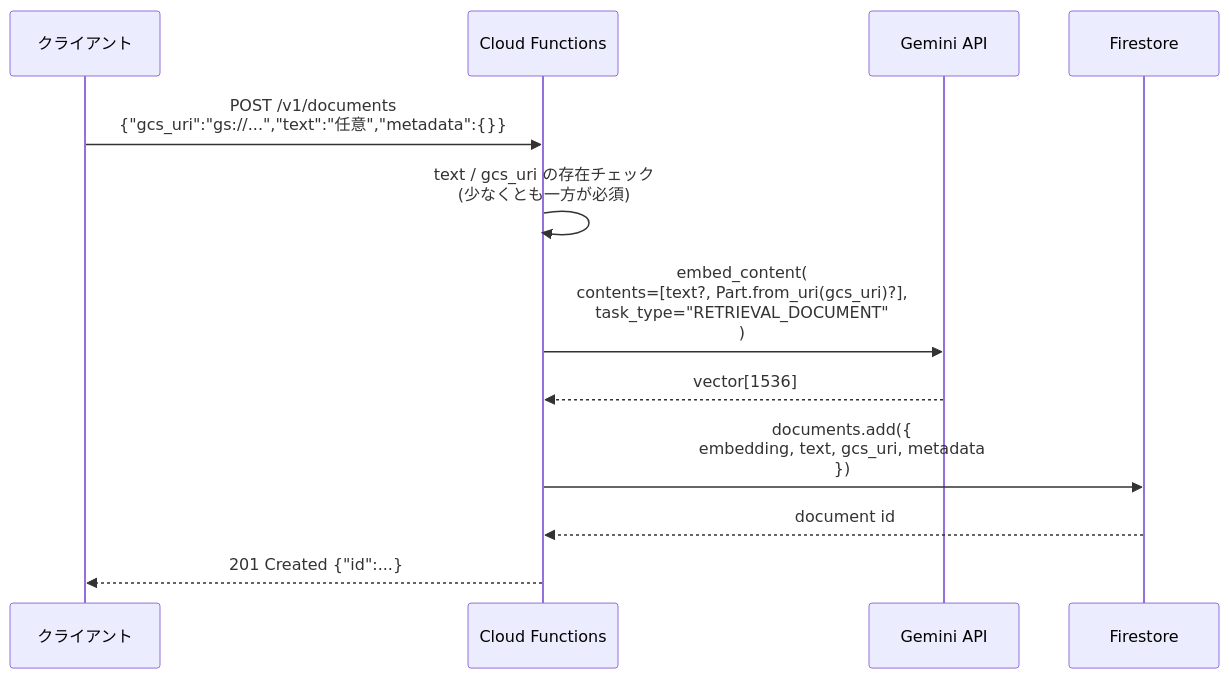
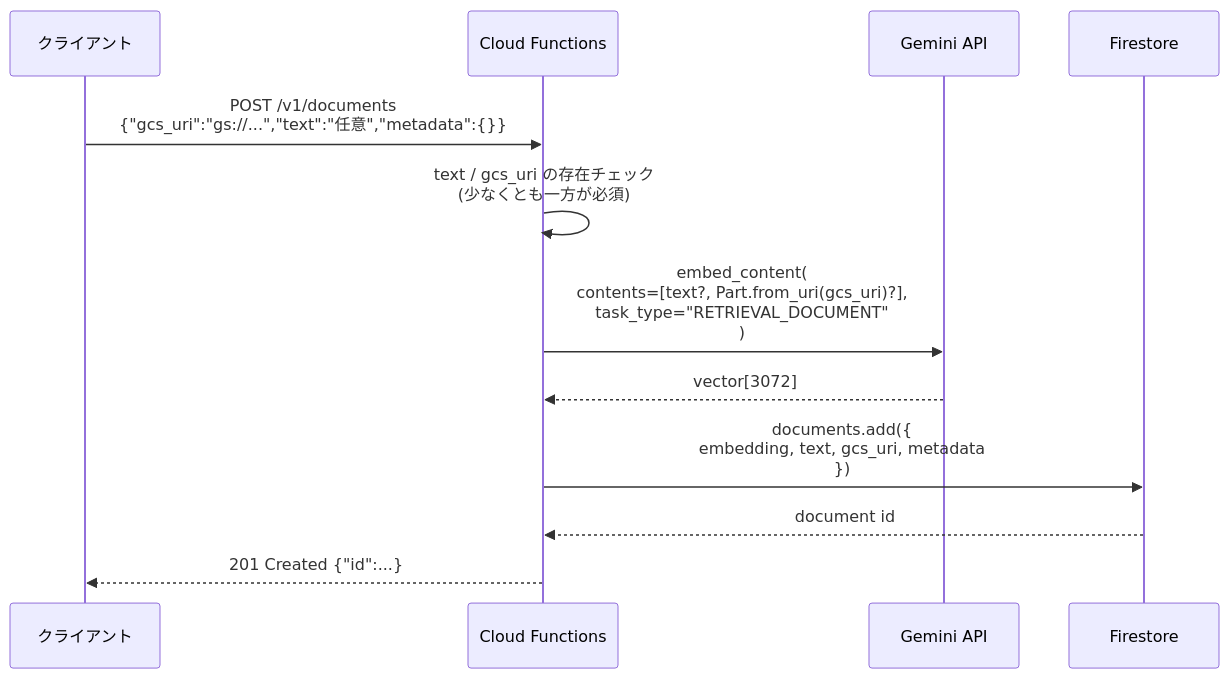
The third of 5 diagrams in docs/multimodal-design.md (Riri-Inferno/gcp-serverless-vector-search), drawn with Mermaid before and after one commit. The commit also changed other lines of this file and 4 other files, not shown here.

````diff
--- a/docs/multimodal-design.md
+++ b/docs/multimodal-design.md
@@ -89,15 +89,15 @@
 ```mermaid
 sequenceDiagram
     participant C as クライアント
     participant Fn as Cloud Functions
     participant Gemini as Gemini API
     participant FS as Firestore
 
     C->>Fn: POST /v1/documents<br/>{"gcs_uri":"gs://...","text":"任意","metadata":{}}
     Fn->>Fn: text / gcs_uri の存在チェック<br/>(少なくとも一方が必須)
     Fn->>Gemini: embed_content(<br/>  contents=[text?, Part.from_uri(gcs_uri)?],<br/>  task_type="RETRIEVAL_DOCUMENT"<br/>)
-    Gemini-->>Fn: vector[1536]
+    Gemini-->>Fn: vector[3072]
     Fn->>FS: documents.add({<br/>  embedding, text, gcs_uri, metadata<br/>})
     FS-->>Fn: document id
     Fn-->>C: 201 Created {"id":...}
 ```
````
